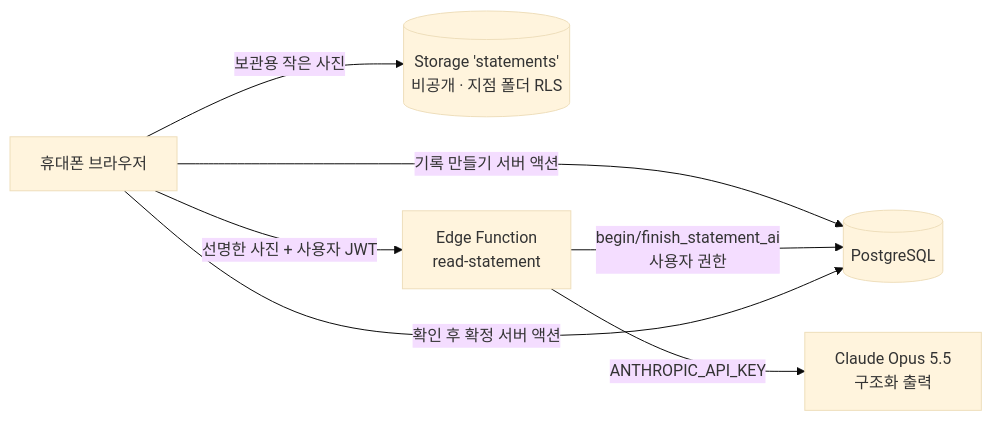
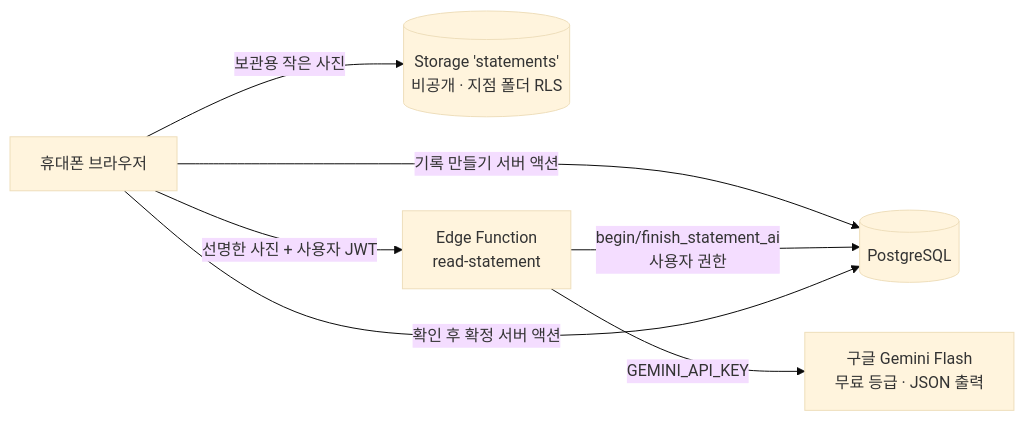
The second of 4 diagrams in docs/ARCHITECTURE.md (hyangmiok-dev/hyangmiok-erp), drawn with Mermaid (base theme) before and after one commit. The commit also changed 12 other files, not shown here.

````diff
--- a/docs/ARCHITECTURE.md
+++ b/docs/ARCHITECTURE.md
@@ -82,9 +82,9 @@
 ```mermaid
 flowchart LR
   P[휴대폰 브라우저] -->|보관용 작은 사진| ST[(Storage 'statements'<br/>비공개 · 지점 폴더 RLS)]
   P -->|기록 만들기 서버 액션| PG[(PostgreSQL)]
   P -->|선명한 사진 + 사용자 JWT| EF[Edge Function<br/>read-statement]
   EF -->|begin/finish_statement_ai<br/>사용자 권한| PG
-  EF -->|ANTHROPIC_API_KEY| C[Claude Opus 5.5<br/>구조화 출력]
+  EF -->|GEMINI_API_KEY| C[구글 Gemini Flash<br/>무료 등급 · JSON 출력]
   P -->|확인 후 확정 서버 액션| PG
 ```
````
